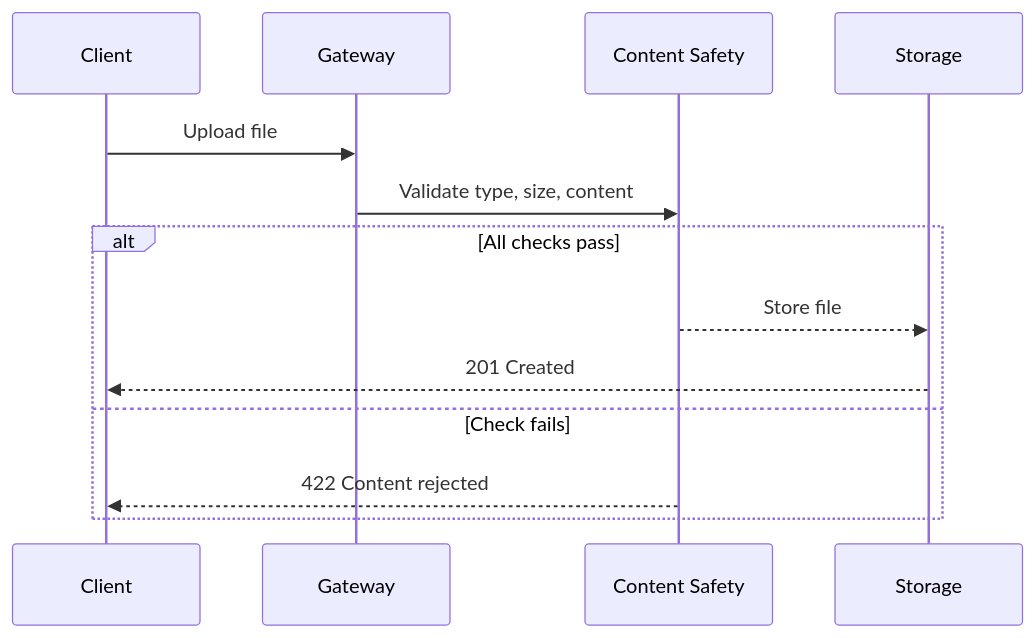
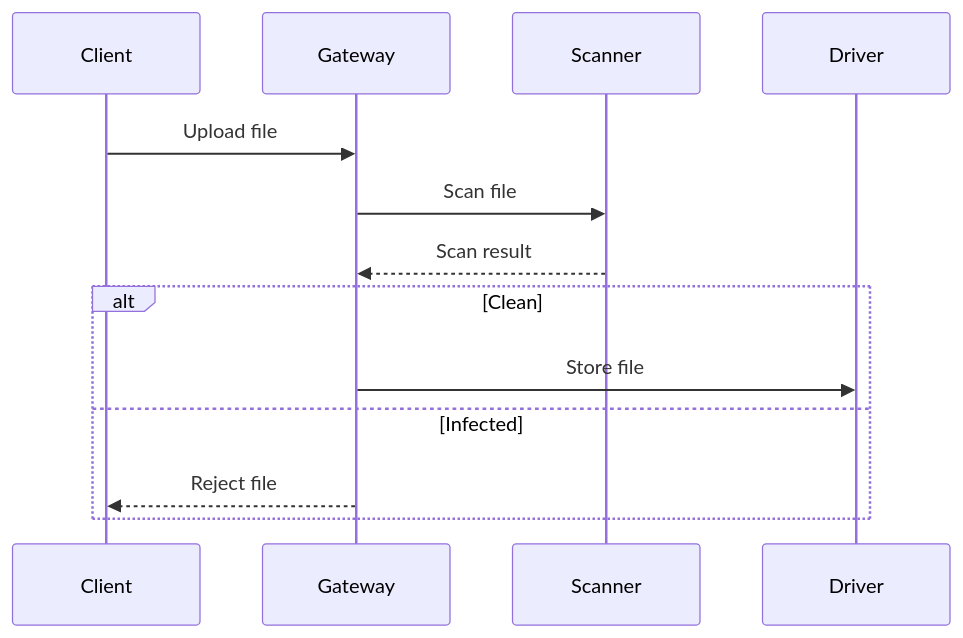
The diagram in apps/docs/storage/content-safety.mdx (sillohq/pawabase), drawn with Mermaid before and after one commit. The commit also changed other lines of this file and 90 other files, not shown here.

````diff
--- a/apps/docs/storage/content-safety.mdx
+++ b/apps/docs/storage/content-safety.mdx
@@ -24,15 +22,11 @@
 ```mermaid
 sequenceDiagram
-    participant C as Client
-    participant G as Gateway
-    participant S as Content Safety
-    participant B as Storage
-    C->>G: Upload file
-    G->>S: Validate type, size, content
-    alt All checks pass
-        S-->>B: Store file
-        B-->>C: 201 Created
-    else Check fails
-        S-->>C: 422 Content rejected
+    Client->>Gateway: Upload file
+    Gateway->>Scanner: Scan file
+    Scanner-->>Gateway: Scan result
+    alt Clean
+        Gateway->>Driver: Store file
+    else Infected
+        Gateway-->>Client: Reject file
     end
 ```
````
